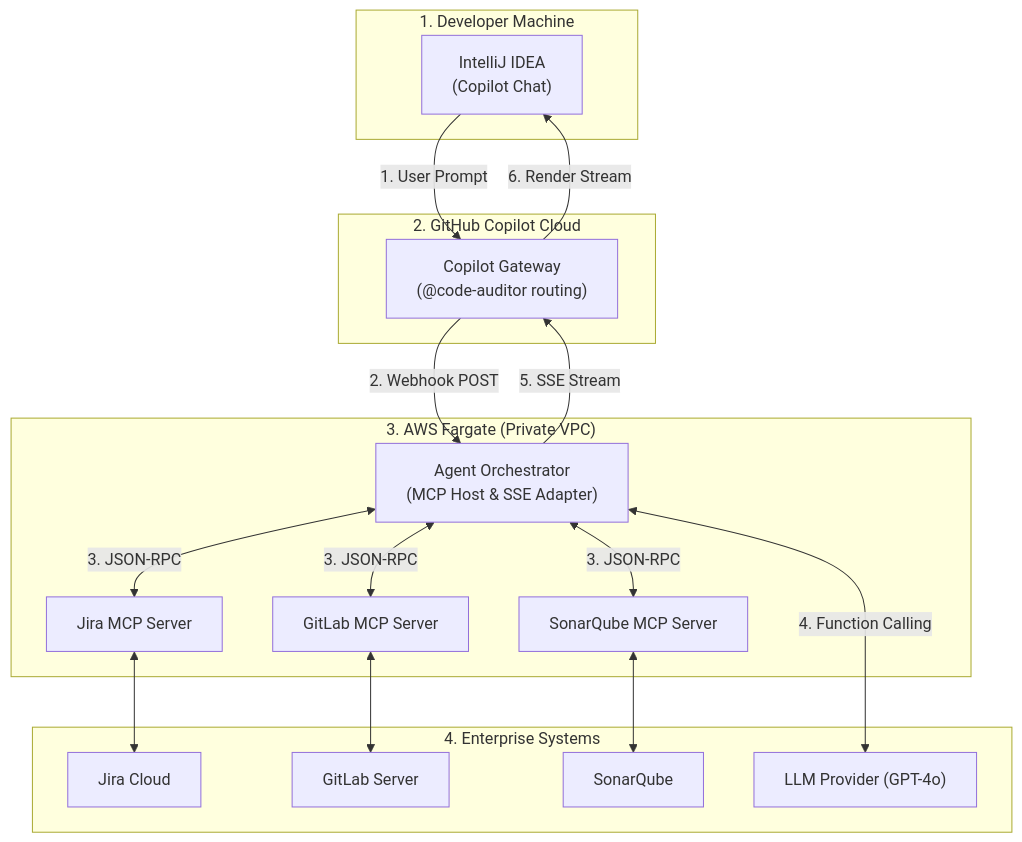
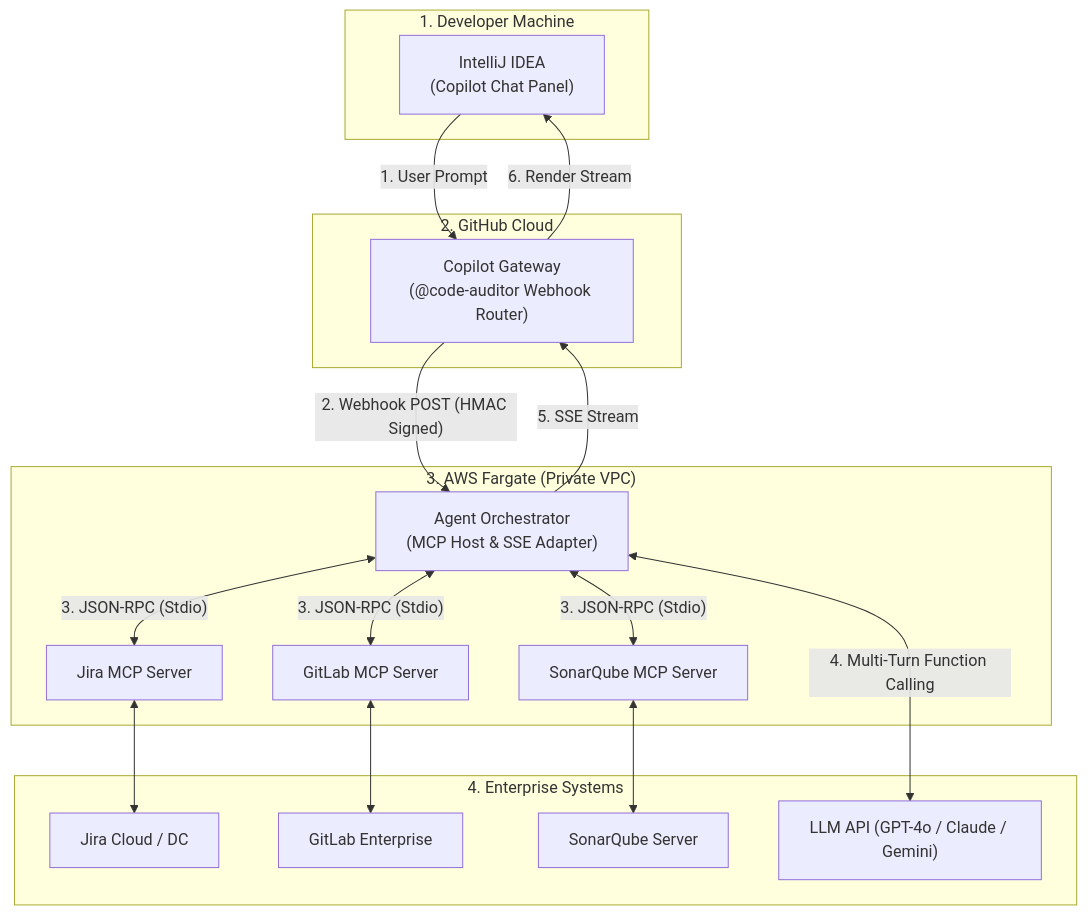
One commit to AtulKumarKatiyar/secure-rag-assistant changed the first of 3 diagrams in ENTERPRISE_MCP_CODE_AUDITOR.md. Above: the diagram before and after it, drawn with Mermaid. The commit also changed other lines of this file, not shown here.

````diff
--- a/ENTERPRISE_MCP_CODE_AUDITOR.md
+++ b/ENTERPRISE_MCP_CODE_AUDITOR.md
@@ -60,36 +81,36 @@
 ```mermaid
 flowchart TD
     subgraph Station["1. Developer Machine"]
-        IDEA["IntelliJ IDEA<br/>(Copilot Chat)"]
+        IDEA["IntelliJ IDEA<br/>(Copilot Chat Panel)"]
     end
 
-    subgraph GitHub["2. GitHub Copilot Cloud"]
-        Gateway["Copilot Gateway<br/>(@code-auditor routing)"]
+    subgraph GitHub["2. GitHub Cloud"]
+        Gateway["Copilot Gateway<br/>(@code-auditor Webhook Router)"]
     end
 
     subgraph AWS["3. AWS Fargate (Private VPC)"]
         Orchestrator["Agent Orchestrator<br/>(MCP Host & SSE Adapter)"]
         JiraMCP["Jira MCP Server"]
         GitLabMCP["GitLab MCP Server"]
         SonarMCP["SonarQube MCP Server"]
     end
 
     subgraph External["4. Enterprise Systems"]
-        Jira["Jira Cloud"]
-        GitLab["GitLab Server"]
-        Sonar["SonarQube"]
-        LLM["LLM Provider (GPT-4o)"]
+        Jira["Jira Cloud / DC"]
+        GitLab["GitLab Enterprise"]
+        Sonar["SonarQube Server"]
+        LLM["LLM API (GPT-4o / Claude / Gemini)"]
     end
 
     IDEA -->|"1. User Prompt"| Gateway
-    Gateway -->|"2. Webhook POST"| Orchestrator
-    Orchestrator <-->|"3. JSON-RPC"| JiraMCP
-    Orchestrator <-->|"3. JSON-RPC"| GitLabMCP
-    Orchestrator <-->|"3. JSON-RPC"| SonarMCP
+    Gateway -->|"2. Webhook POST (HMAC Signed)"| Orchestrator
+    Orchestrator <-->|"3. JSON-RPC (Stdio)"| JiraMCP
+    Orchestrator <-->|"3. JSON-RPC (Stdio)"| GitLabMCP
+    Orchestrator <-->|"3. JSON-RPC (Stdio)"| SonarMCP
     JiraMCP <--> Jira
     GitLabMCP <--> GitLab
     SonarMCP <--> Sonar
-    Orchestrator <-->|"4. Function Calling"| LLM
+    Orchestrator <-->|"4. Multi-Turn Function Calling"| LLM
     Orchestrator -->|"5. SSE Stream"| Gateway
     Gateway -->|"6. Render Stream"| IDEA
 ```
````
